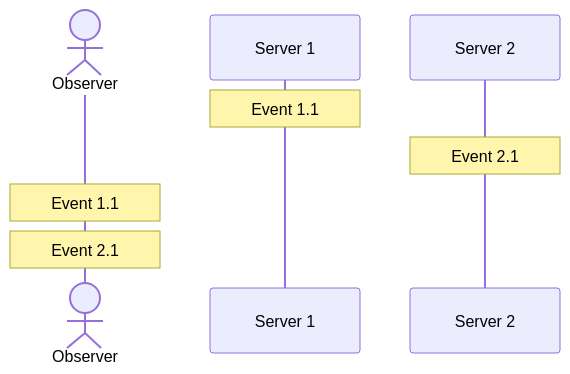
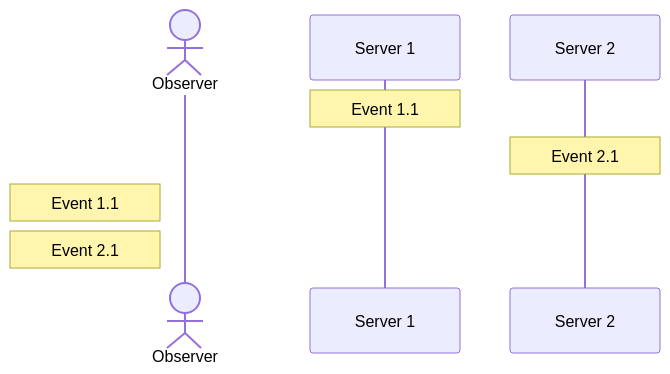
The first of 5 diagrams in src/content/slides/distributed-system-101.md (ashrafuzzaman/ashrafuzzaman.github.io), drawn with Mermaid before and after one commit. The commit also changed other lines of this file and 3 other files, not shown here.

````diff
--- a/src/content/slides/distributed-system-101.md
+++ b/src/content/slides/distributed-system-101.md
@@ -23,10 +23,10 @@
 ```mermaid
 sequenceDiagram
   actor Observer
 
   Note over Server 1 : Event 1.1
   Note over Server 2 : Event 2.1
 
-  Note over Observer : Event 1.1
-  Note over Observer : Event 2.1
+  Note left of Observer : Event 1.1
+  Note left of Observer : Event 2.1
 ```
````
